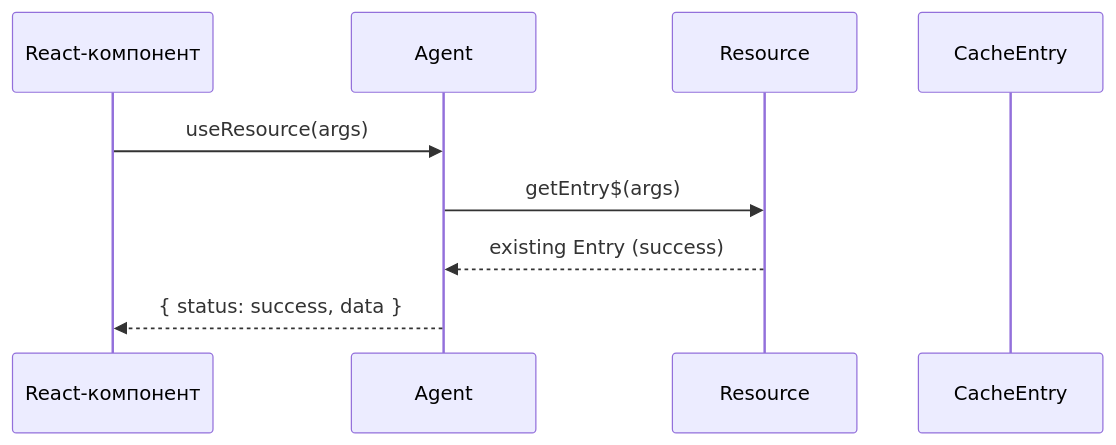
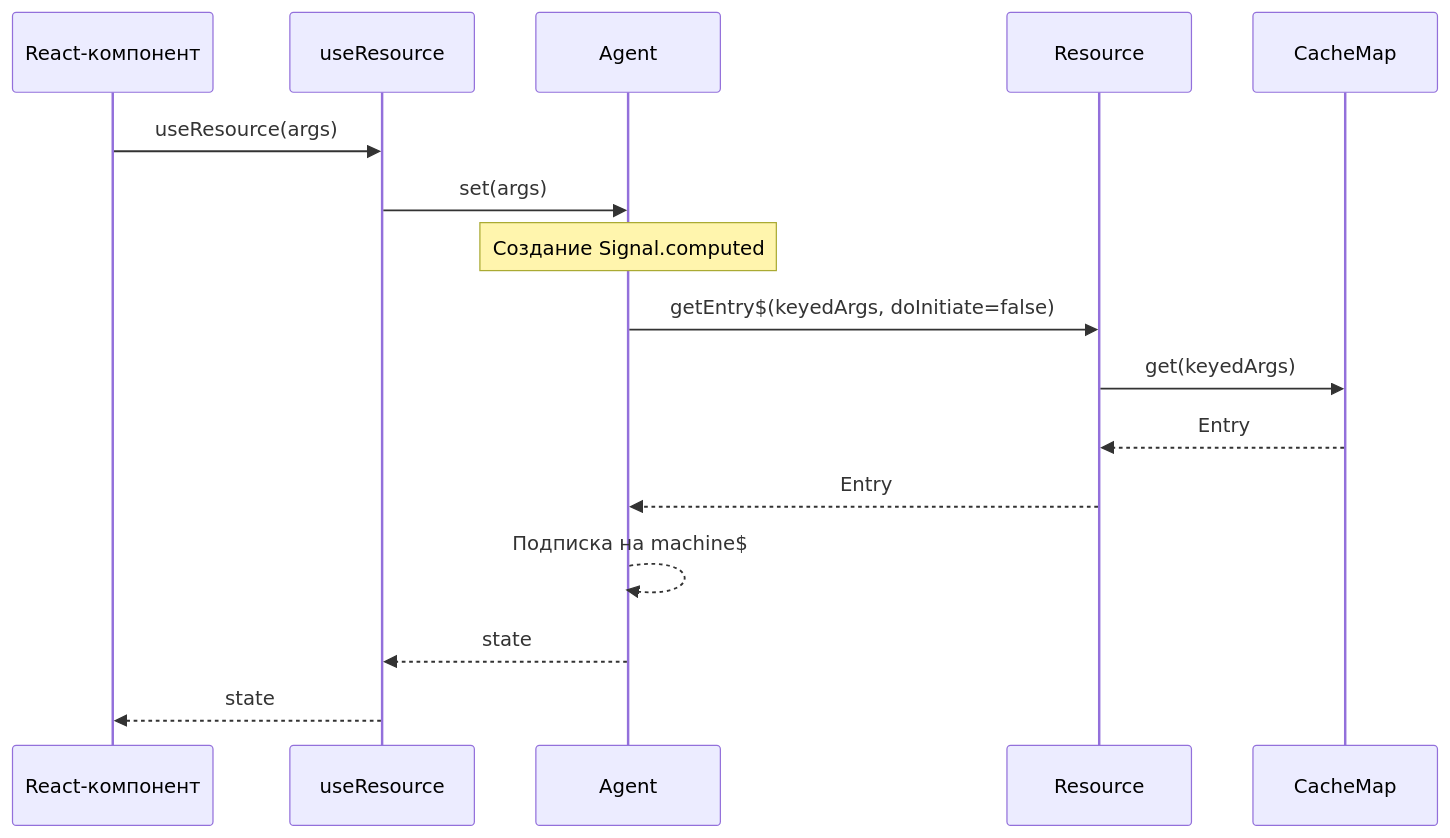
Before and after one commit to fozy-labs/rx-toolkit: the second of 11 diagrams in docs/query/concepts/dataflows.md, drawn with Mermaid. The commit also changed other lines of this file and 10 other files, not shown here.

````diff
--- a/docs/query/concepts/dataflows.md
+++ b/docs/query/concepts/dataflows.md
@@ -54,12 +82,19 @@
 ```mermaid
 sequenceDiagram
     participant UI as React-компонент
+    participant Hook as useResource
     participant Agent as Agent
     participant Res as Resource
-    participant Entry as CacheEntry
+    participant Cache as CacheMap
 
-    UI->>Agent: useResource(args)
-    Agent->>Res: getEntry$(args)
-    Res-->>Agent: existing Entry (success)
-    Agent-->>UI: { status: success, data }
+    UI->>Hook: useResource(args)
+    Hook->>Agent: set(args)
+    Note over Agent: Создание Signal.computed
+    Agent->>Res: getEntry$(keyedArgs, doInitiate=false)
+    Res->>Cache: get(keyedArgs)
+    Cache-->>Res: Entry
+    Res-->>Agent: Entry
+    Agent-->>Agent: Подписка на machine$
+    Agent-->>Hook: state
+    Hook-->>UI: state
 ```
````
